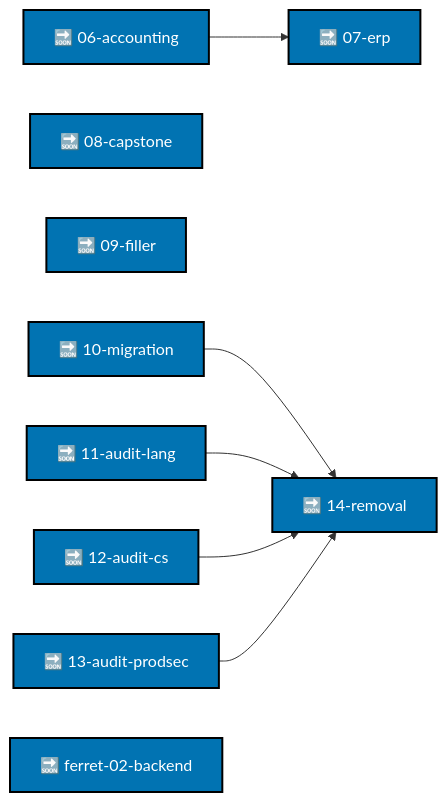
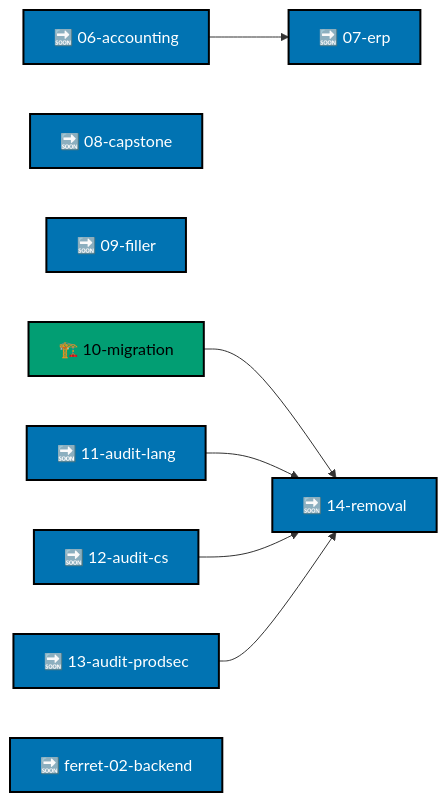
Before and after one commit to wahidyankf/ose-public: the diagram in plans/README.md, drawn with Mermaid. The commit also changed 71 other files, not shown here.

````diff
--- a/plans/README.md
+++ b/plans/README.md
@@ -32,23 +32,23 @@
 ```mermaid
 flowchart LR
   accTitle: Plan order
   accDescr: Ten live plans ordered by their Depends-on declarations.
   P06["🔜 06-accounting"]:::backlog
   P07["🔜 07-erp"]:::backlog
   P08["🔜 08-capstone"]:::backlog
   P09["🔜 09-filler"]:::backlog
-  P10["🔜 10-migration"]:::backlog
+  P10["🏗️ 10-migration"]:::inprogress
   P11["🔜 11-audit-lang"]:::backlog
   P12["🔜 12-audit-cs"]:::backlog
   P13["🔜 13-audit-prodsec"]:::backlog
   P14["🔜 14-removal"]:::backlog
   FER["🔜 ferret-02-backend"]:::backlog
   P06 --> P07
   P10 --> P14
   P11 --> P14
   P12 --> P14
   P13 --> P14
   classDef backlog fill:#0173B2,stroke:#000000,color:#FFFFFF,stroke-width:2px
   classDef inprogress fill:#029E73,stroke:#000000,color:#000000,stroke-width:2px
   classDef default fill:#FFFFFF,stroke:#000000,color:#000000
 ```
````
